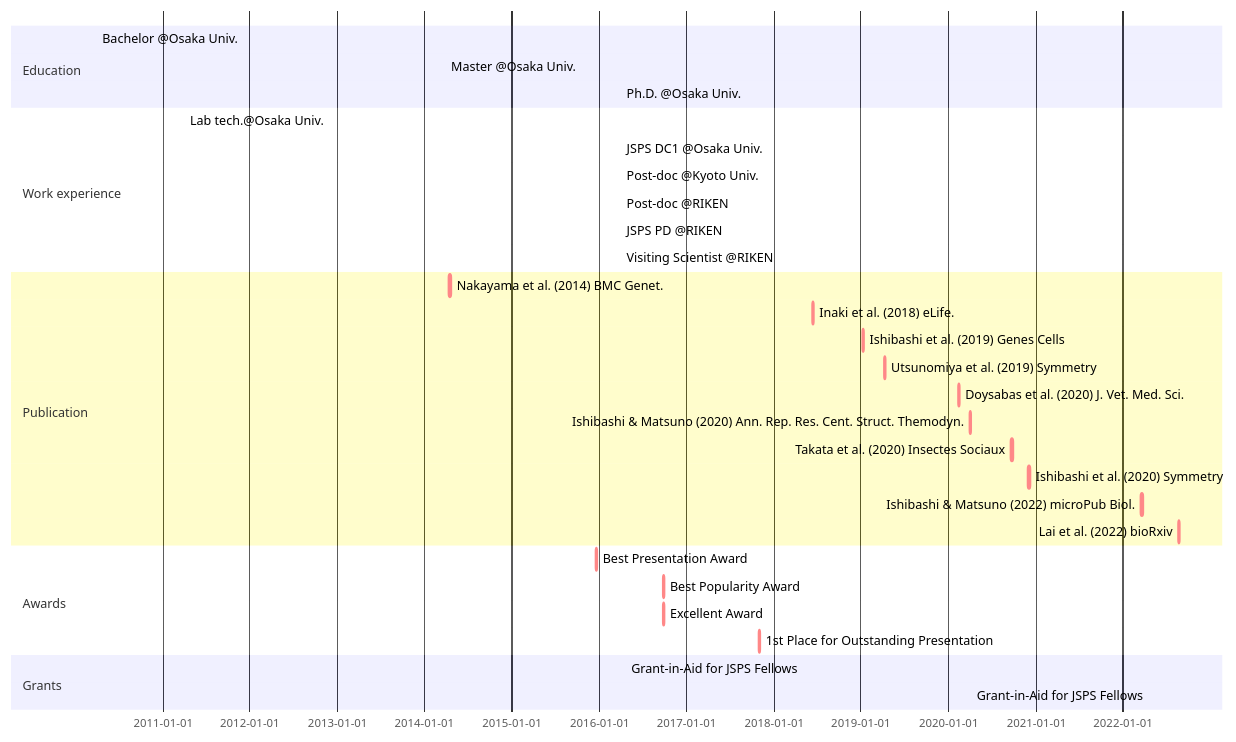
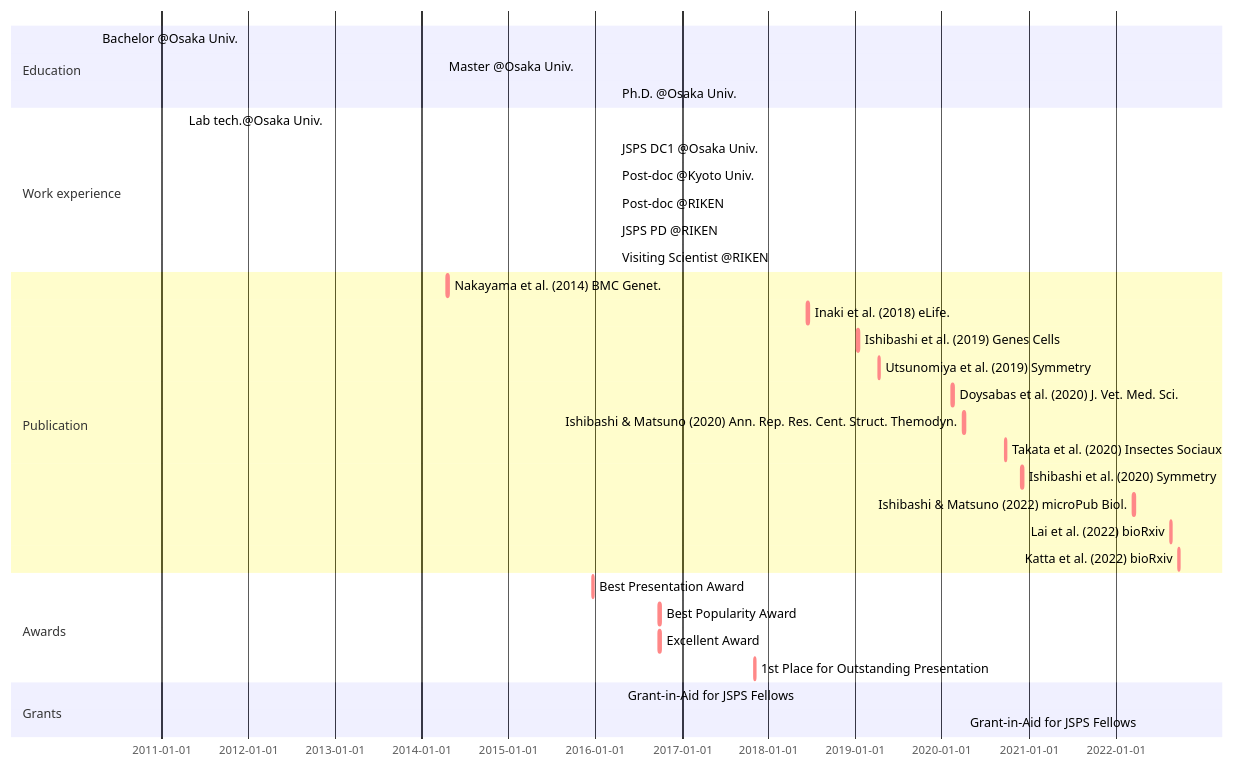
Before and after one commit to ishibaki/ishibaki.github.io: the diagram in _includes/mermaid-cv.md, drawn with Mermaid.

````diff
--- a/_includes/mermaid-cv.md
+++ b/_includes/mermaid-cv.md
@@ -1,33 +1,34 @@
 ```mermaid
 gantt
 section Education
   Bachelor @Osaka Univ. : BS, 2010-04-01, 2014-03-25
   Master @Osaka Univ.   : MS, 2014-04-01, 2016-03-28
   Ph.D. @Osaka Univ.    : Ph.D., 2016-04-01, 2019-03-25
 section Work experience
   Lab tech.@Osaka Univ.     : done, OU-tech, 2011-04-01, 2012-03-31
   JSPS DC1 @Osaka Univ.     : done, DC1, 2016-04-01, 2019-03-31
   Post-doc @Kyoto Univ.     : done, KU-postdoc, after DC1, 2021-04-30
   Post-doc @RIKEN           : done, RIKEN-postdoc, after KU-postdoc, 2022-03-31
   JSPS PD @RIKEN            : active, PD, after RIKEN-postdoc, 2025-03-31
   Visiting Scientist @RIKEN : active, PD, after RIKEN-postdoc, 2025-03-31
 section Publication
   Nakayama et al. (2014) BMC Genet.         : crit, nakayama2014, 2014-04-16, 1w
   Inaki et al. (2018) eLife.                : crit, inaki2018, 2018-06-12, 1w
   Ishibashi et al. (2019) Genes Cells       : crit, ishibashi2019, 2019-01-09, 1w
   Utsunomiya et al. (2019) Symmetry         : crit, utsunomiya2019, 2019-04-08, 1w
   Doysabas et al. (2020) J. Vet. Med. Sci.  : crit, doysabas2020, 2020-02-12, 1w
   Ishibashi & Matsuno (2020) Ann. Rep. Res. Cent. Struct. Themodyn. : crit, ishibashi2020a, 2020-04-01, 1w
   Takata et al. (2020) Insectes Sociaux     : crit, takata2020, 2020-09-22, 1w
   Ishibashi et al. (2020) Symmetry          : crit, ishibashi2020b, 2020-12-02, 1w
   Ishibashi & Matsuno (2022) microPub Biol. : crit, ishibashi2022, 2022-03-18, 1w
-  Lai et al. (2022) bioRxiv : crit, Lai2022, 2022-08-20, 1w
+  Lai et al. (2022) bioRxiv                 : crit, Lai2022, 2022-08-20, 1w
+  Katta et al. (2022) bioRxiv               : crit, Katta2022, 2022-09-22, 1w
 section Awards
   Best Presentation Award                : crit, aw_1, 2015-12-20, 1w
   Best Popularity Award                  : crit, aw_2, 2016-09-25, 1w
   Excellent Award                        : crit, aw_3, 2016-09-25, 1w
   1st Place for Outstanding Presentation : crit, aw_4, 2017-11-01, 1w
 section Grants
   Grant-in-Aid for JSPS Fellows : done, grant_DC1, 2016-04-22, 2019-03-31
   Grant-in-Aid for JSPS Fellows : active, grant_PD, 2022-04-22, 2025-03-31
 ```
````
